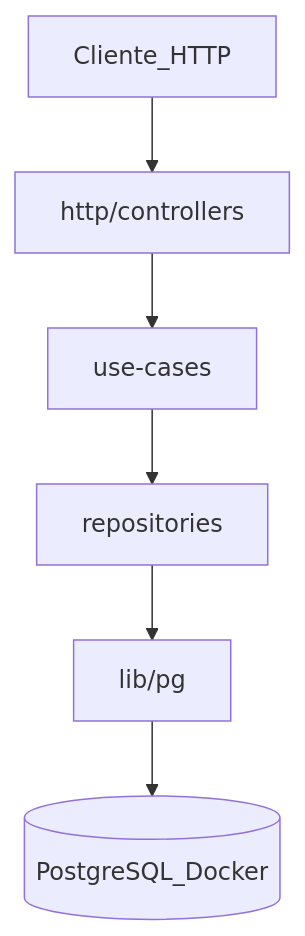
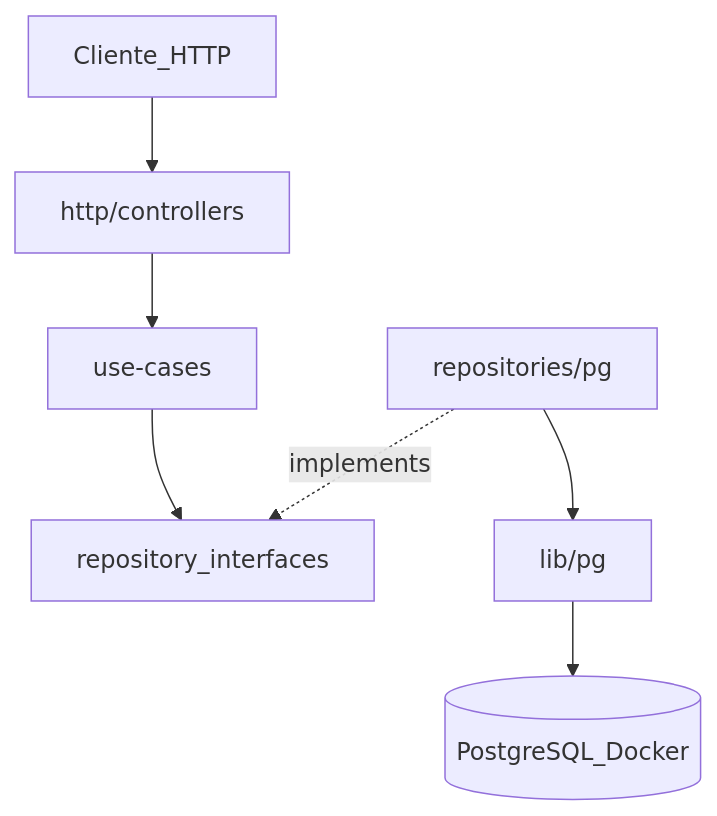
Before and after one commit to celsottg/pettech: the diagram in README.md, drawn with Mermaid. The commit also changed other lines of this file and 14 other files, not shown here.

First line of the commit message:
refactor: split repositories into interfaces and PostgreSQL implementations.

````diff
--- a/README.md
+++ b/README.md
@@ -17,15 +17,17 @@
 ```mermaid
 flowchart TB
   client[Cliente_HTTP]
   controllers[http/controllers]
   useCases[use-cases]
-  repositories[repositories]
+  interfaces[repository_interfaces]
+  pgImpl[repositories/pg]
   lib[lib/pg]
   db[(PostgreSQL_Docker)]
 
   client --> controllers
   controllers --> useCases
-  useCases --> repositories
-  repositories --> lib
+  useCases --> interfaces
+  pgImpl -.->|implements| interfaces
+  pgImpl --> lib
   lib --> db
 ```
````
